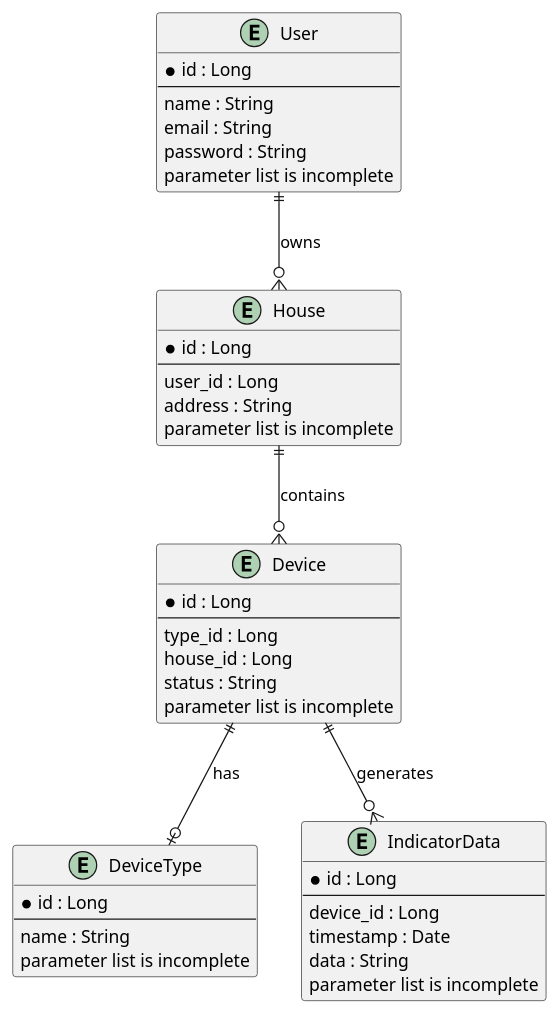
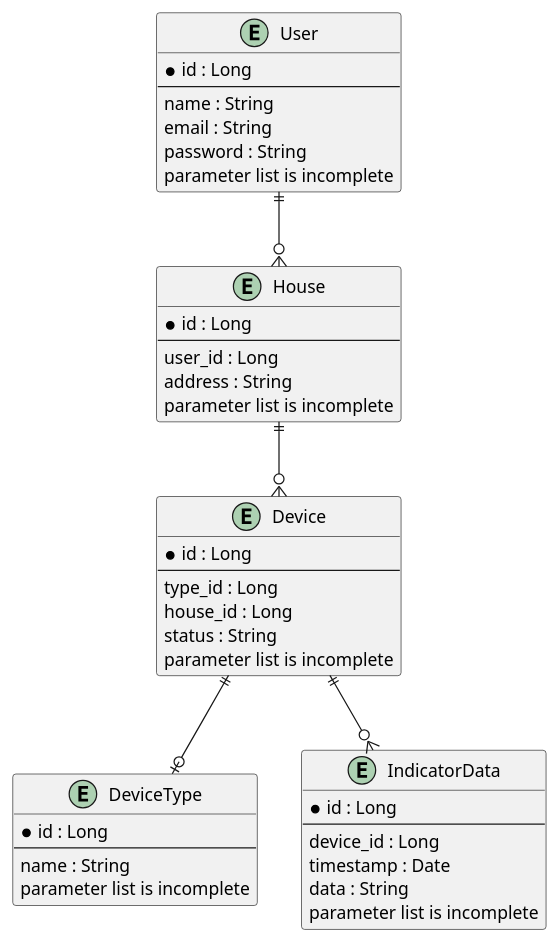
The diagram in sprint3task3.4ER.puml (AleksandrMakridin/architecture-sprint-3), drawn with PlantUML before and after one commit.

```diff
--- a/sprint3task3.4ER.puml
+++ b/sprint3task3.4ER.puml
@@ -1,48 +1,48 @@
 @startuml
 entity "User" as user {
     * id : Long
     --
     name : String
     email : String
     password : String
     parameter list is incomplete
 }
 
 entity "House" as house {
     * id : Long
     --
     user_id : Long
     address : String
     parameter list is incomplete
 }
 
 entity "Device" as device {
     * id : Long
     --
     type_id : Long
     house_id : Long
     status : String
     parameter list is incomplete
 }
 
 entity "DeviceType" as deviceType {
     * id : Long
     --
     name : String
     parameter list is incomplete
 }
 
 entity "IndicatorData" as indicatorData {
     * id : Long
     --
     device_id : Long
     timestamp : Date
     data : String
     parameter list is incomplete
 }
 
-user ||--o{ house : "owns"
-house ||--o{ device : "contains"
-device ||--o| deviceType : "has"
-device ||--o{ indicatorData : "generates"
+user ||--o{ house 
+house ||--o{ device 
+device ||--o| deviceType 
+device ||--o{ indicatorData 
 @enduml
```
